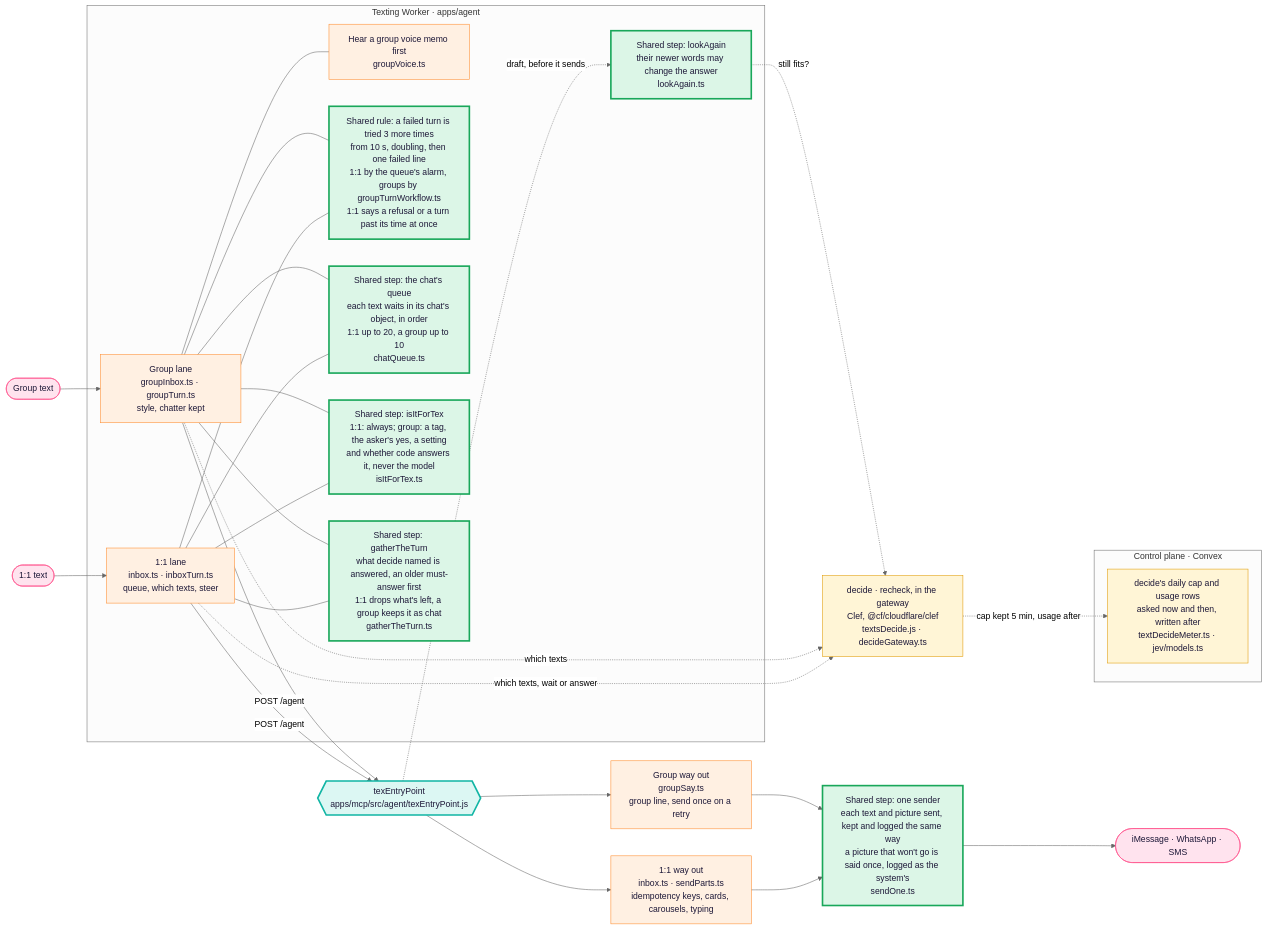
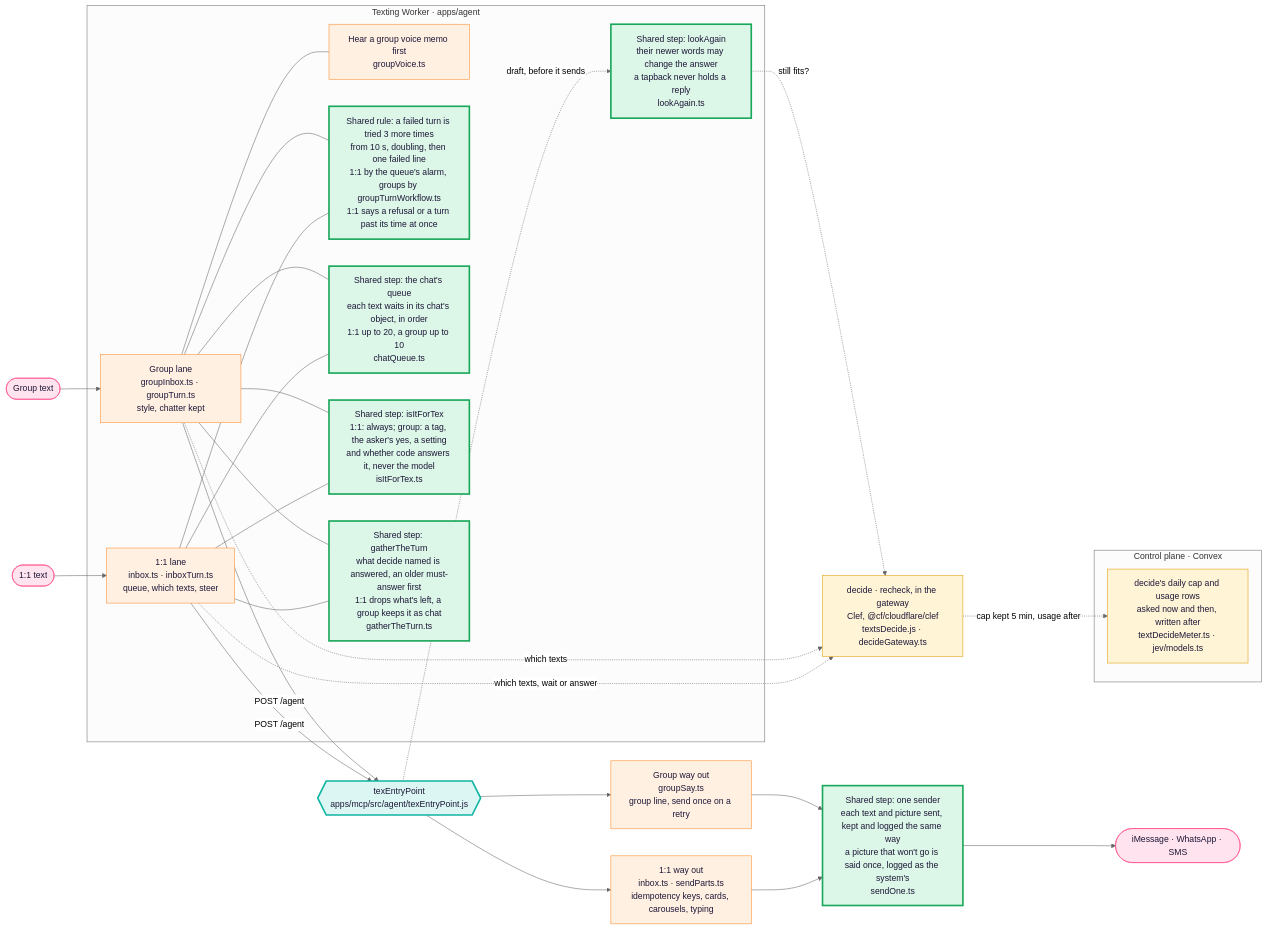
Before and after one commit to Supa-Media/context: the first of 3 diagrams in docs/architecture/tex.md, drawn with Mermaid (neutral theme). The commit also changed other lines of this file and 26 other files, not shown here.

First line of the commit message:
Tex: say nothing with a call, never SKIP; a tapback never holds a group reply; job_status shows the whole report

````diff
--- a/docs/architecture/tex.md
+++ b/docs/architecture/tex.md
@@ -22,46 +22,46 @@
 ```mermaid
 flowchart LR
   P1([1:1 text]):::you --> W1
   P2([Group text]):::you --> W2
   subgraph Worker["Texting Worker · apps/agent"]
     W1["1:1 lane<br/>inbox.ts · inboxTurn.ts<br/>queue, which texts, steer"]:::pipe
     W2["Group lane<br/>groupInbox.ts · groupTurn.ts<br/>style, chatter kept"]:::pipe
     H["Hear a group voice memo first<br/>groupVoice.ts"]:::pipe
     W2 --- H
-    LA["Shared step: lookAgain<br/>their newer words may change the answer<br/>lookAgain.ts"]:::shared
+    LA["Shared step: lookAgain<br/>their newer words may change the answer<br/>a tapback never holds a reply<br/>lookAgain.ts"]:::shared
     RT["Shared rule: a failed turn is tried 3 more times<br/>from 10 s, doubling, then one failed line<br/>1:1 by the queue's alarm, groups by groupTurnWorkflow.ts<br/>1:1 says a refusal or a turn past its time at once"]:::shared
     W1 --- RT
     W2 --- RT
     Q["Shared step: the chat's queue<br/>each text waits in its chat's object, in order<br/>1:1 up to 20, a group up to 10<br/>chatQueue.ts"]:::shared
     W1 --- Q
     W2 --- Q
     FT["Shared step: isItForTex<br/>1:1: always; group: a tag, the asker's yes, a setting<br/>and whether code answers it, never the model<br/>isItForTex.ts"]:::shared
     W1 --- FT
     W2 --- FT
     GT["Shared step: gatherTheTurn<br/>what decide named is answered, an older must-answer first<br/>1:1 drops what's left, a group keeps it as chat<br/>gatherTheTurn.ts"]:::shared
     W1 --- GT
     W2 --- GT
   end
   D["decide · recheck, in the gateway<br/>Clef, @cf/cloudflare/clef<br/>textsDecide.js · decideGateway.ts"]:::judge
   subgraph Control["Control plane · Convex"]
     CAP["decide's daily cap and usage rows<br/>asked now and then, written after<br/>textDecideMeter.ts · jev/models.ts"]:::judge
   end
   D -. cap kept 5 min, usage after .-> CAP
   W1 -. which texts, wait or answer .-> D
   W2 -. which texts .-> D
   E -. draft, before it sends .-> LA
   LA -. still fits? .-> D
   W1 -->|POST /agent| E
   W2 -->|POST /agent| E
   E{{"texEntryPoint<br/>apps/mcp/src/agent/texEntryPoint.js"}}:::door
   E --> S1["1:1 way out<br/>inbox.ts · sendParts.ts<br/>idempotency keys, cards, carousels, typing"]:::pipe
   E --> S2["Group way out<br/>groupSay.ts<br/>group line, send once on a retry"]:::pipe
   S1 --> SO["Shared step: one sender<br/>each text and picture sent, kept and logged the same way<br/>a picture that won't go is said once, logged as the system's<br/>sendOne.ts"]:::shared
   S2 --> SO
   SO --> Out([iMessage · WhatsApp · SMS]):::you
   classDef you fill:#ffe3ee,stroke:#ff4f8b,color:#1d1838
   classDef pipe fill:#fff0e2,stroke:#ff8a2a,color:#1d1838
   classDef door fill:#dcf7f3,stroke:#11b5a4,stroke-width:3px,color:#1d1838
   classDef judge fill:#fff5d6,stroke:#e09a00,color:#1d1838
   classDef shared fill:#dcf6e7,stroke:#19a75a,stroke-width:3px,color:#1d1838
 ```
````
